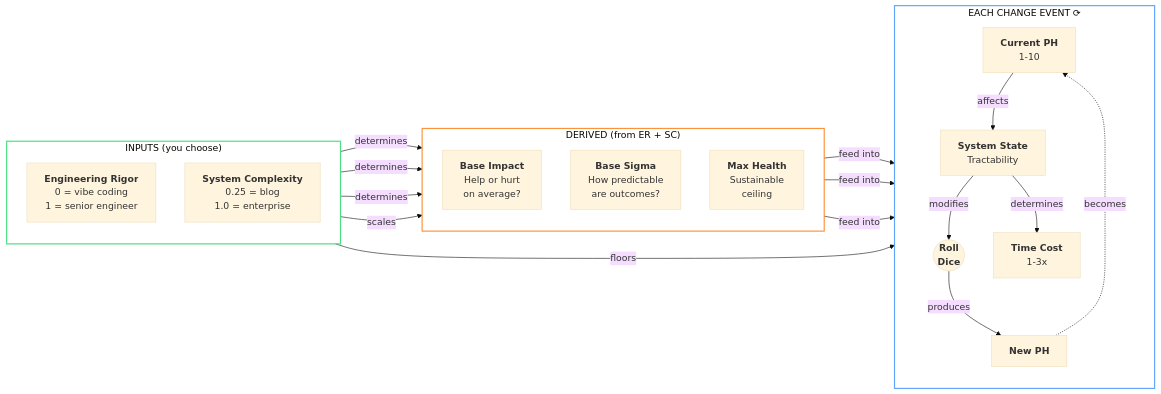
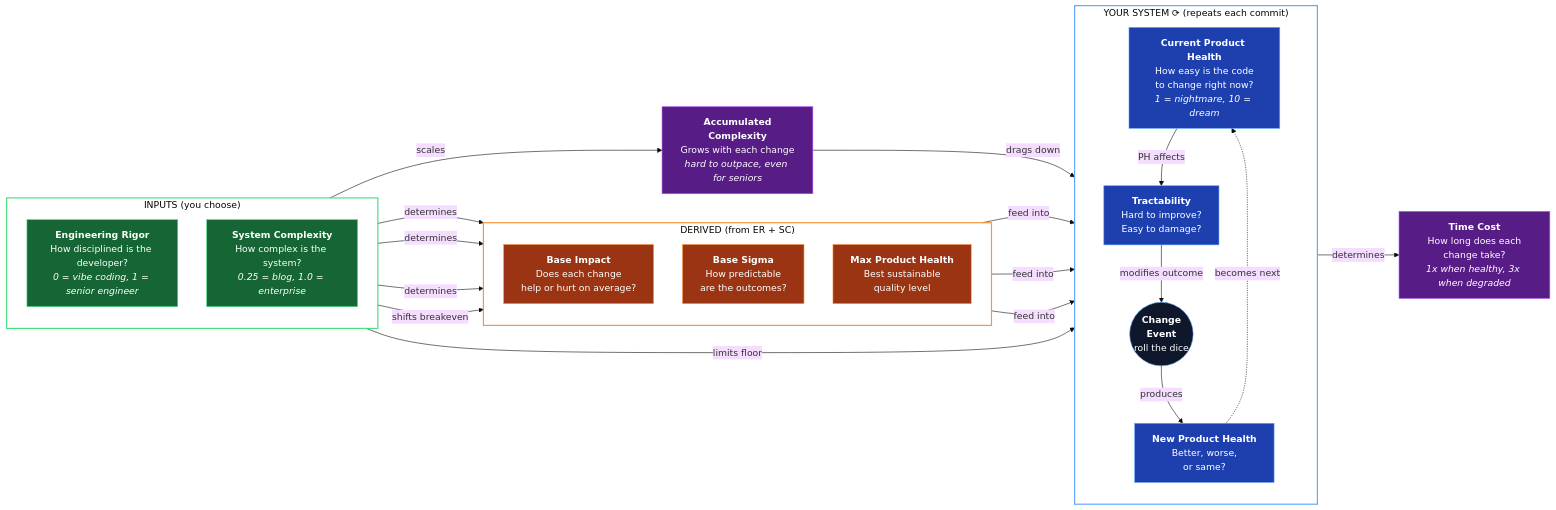
Before and after one commit to dawid-dahl-umain/product-health-dynamics: the diagram in README.md, drawn with Mermaid (base theme). The commit also changed other lines of this file and 19 other files, not shown here.

Commit message:
refactor: update README and UI components for clarity on system complexity, enhance simulation settings, and improve agent terminology

````diff
--- a/README.md
+++ b/README.md
@@ -61,39 +67,55 @@
 ```mermaid
 flowchart LR
     subgraph inputs ["INPUTS (you choose)"]
         direction TB
-        ER["<b>Engineering Rigor</b><br/>0 = vibe coding<br/>1 = senior engineer"]
-        SC["<b>System Complexity</b><br/>0.25 = blog<br/>1.0 = enterprise"]
+        ER["<b>Engineering Rigor</b><br/>How disciplined is the developer?<br/><i>0 = vibe coding, 1 = senior engineer</i>"]
+        SC["<b>System Complexity</b><br/>How complex is the system?<br/><i>0.25 = blog, 1.0 = enterprise</i>"]
     end
 
     subgraph derived ["DERIVED (from ER + SC)"]
         direction TB
-        BI["<b>Base Impact</b><br/>Help or hurt<br/>on average?"]
-        BS["<b>Base Sigma</b><br/>How predictable<br/>are outcomes?"]
-        MH["<b>Max Health</b><br/>Sustainable<br/>ceiling"]
+        BI["<b>Base Impact</b><br/>Does each change<br/>help or hurt on average?"]
+        BS["<b>Base Sigma</b><br/>How predictable<br/>are the outcomes?"]
+        MH["<b>Max Product Health</b><br/>Best sustainable<br/>quality level"]
     end
 
-    subgraph loop ["EACH CHANGE EVENT ⟳"]
+    subgraph loop ["YOUR SYSTEM ⟳ (repeats each commit)"]
         direction TB
-        PH["<b>Current PH</b><br/>1-10"]
-        SS["<b>System State</b><br/>Tractability"]
-        TC["<b>Time Cost</b><br/>1-3x"]
-        CE(("<b>Roll</b><br/><b>Dice</b>"))
-        NPH["<b>New PH</b>"]
+        PH["<b>Current Product Health</b><br/>How easy is the code<br/>to change right now?<br/><i>1 = nightmare, 10 = dream</i>"]
+        SS["<b>Tractability</b><br/>Hard to improve?<br/>Easy to damage?"]
+        CE(("<b>Change</b><br/><b>Event</b><br/>roll the dice"))
+        NPH["<b>New Product Health</b><br/>Better, worse,<br/>or same?"]
 
-        PH -->|"affects"| SS
-        SS -->|"modifies"| CE
-        SS -->|"determines"| TC
+        PH -->|"PH affects"| SS
+        SS -->|"modifies outcome"| CE
         CE -->|"produces"| NPH
-        NPH -.->|"becomes"| PH
+        NPH -.->|"becomes next"| PH
     end
 
+    AC["<b>Accumulated</b><br/><b>Complexity</b><br/>Grows with each change<br/><i>hard to outpace, even for seniors</i>"]
+    TC["<b>Time Cost</b><br/>How long does each<br/>change take?<br/><i>1x when healthy, 3x when degraded</i>"]
+
     ER -->|"determines"| BI & BS & MH
-    SC -->|"scales"| BI
-    SC -->|"floors"| SS
+    SC -->|"shifts breakeven"| BI
+    SC -->|"limits floor"| SS
+    SC -->|"scales"| AC
     BI & BS & MH -->|"feed into"| CE
+    AC -->|"drags down"| CE
+    SS -->|"determines"| TC
 
     style inputs fill:none,stroke:#4ade80,stroke-width:2px
     style derived fill:none,stroke:#fb923c,stroke-width:2px
     style loop fill:none,stroke:#60a5fa,stroke-width:2px
+
+    classDef inputNode fill:#166534,stroke:#4ade80,color:#fff
+    classDef derivedNode fill:#9a3412,stroke:#fb923c,color:#fff
+    classDef loopNode fill:#1e40af,stroke:#60a5fa,color:#fff
+    classDef timeNode fill:#581c87,stroke:#a855f7,color:#fff
+    classDef eventNode fill:#0f172a,stroke:#60a5fa,color:#fff
+
+    class ER,SC inputNode
+    class BI,BS,MH derivedNode
+    class PH,SS,NPH loopNode
+    class CE eventNode
+    class AC,TC timeNode
 ```
````
